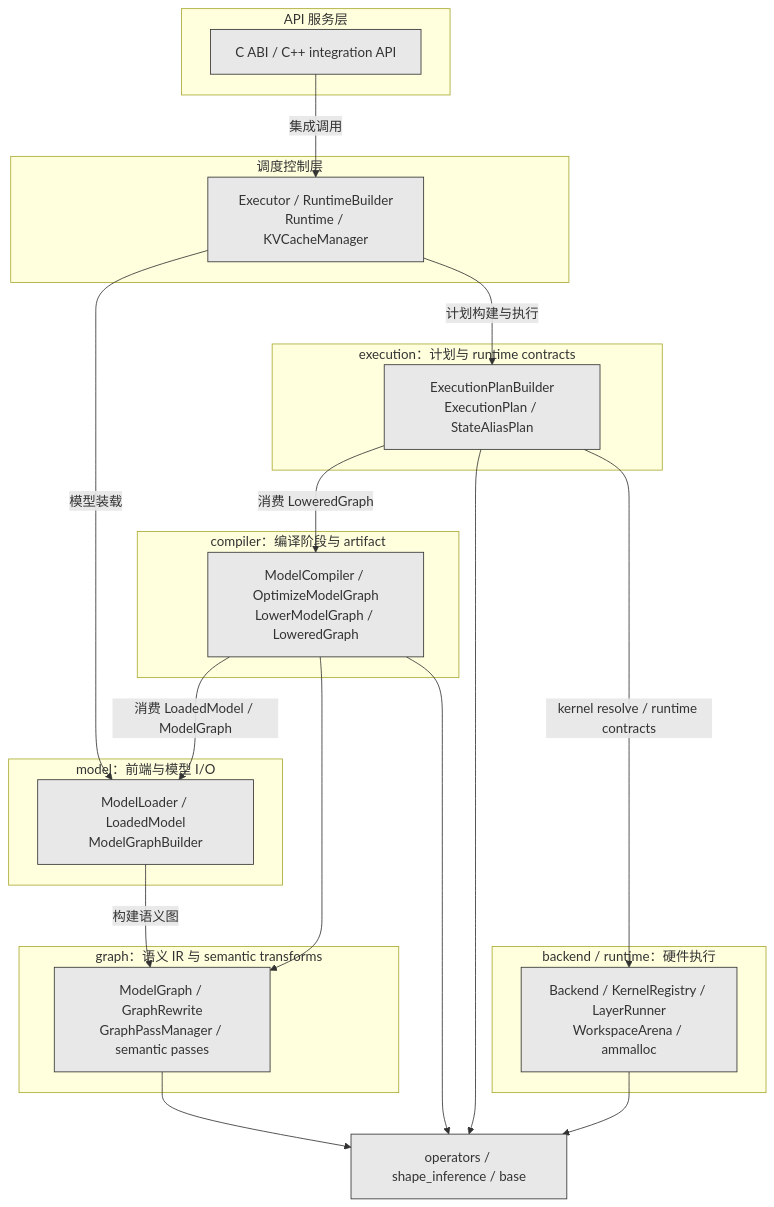
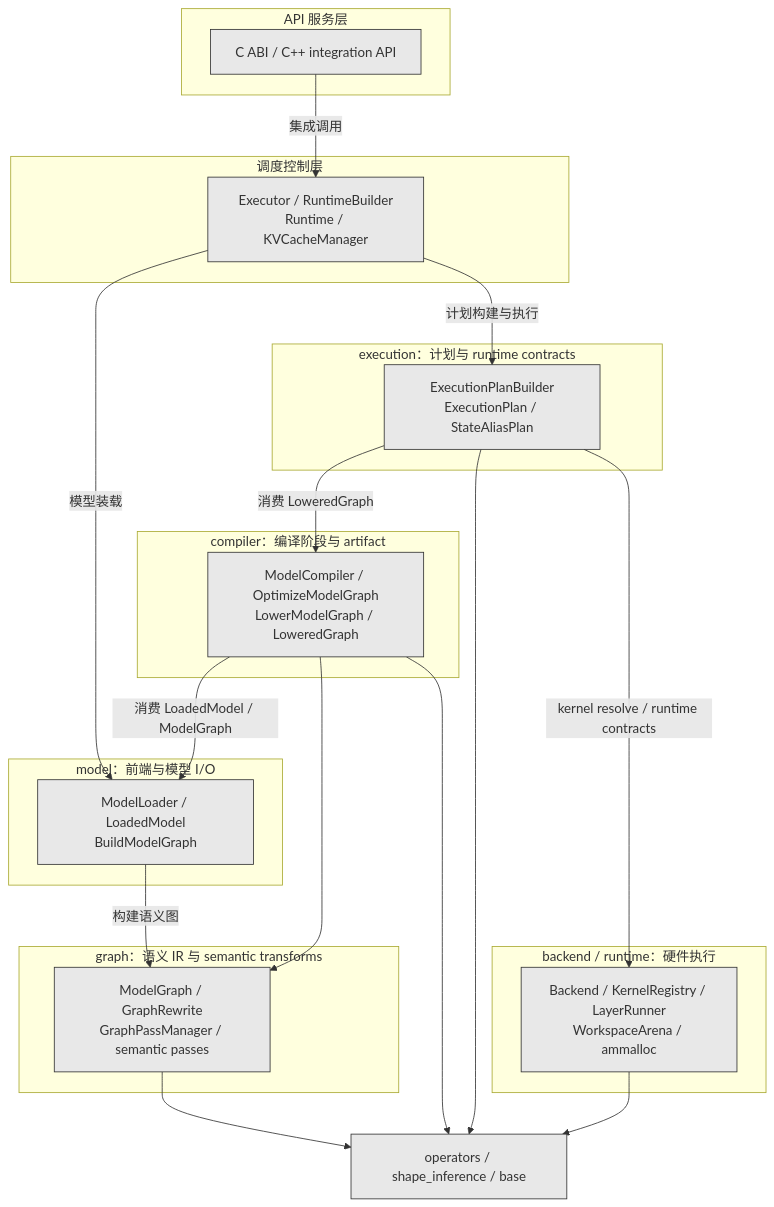
Before and after one commit to fengjiran/AetherMind: the fifth of 5 diagrams in docs/designs/architecture/architecture_overview.md, drawn with Mermaid. The commit also changed other lines of this file and 63 other files, not shown here.

First line of the commit message:
refactor(model): split graph building per family and reorganize weight components

````diff
--- a/docs/designs/architecture/architecture_overview.md
+++ b/docs/designs/architecture/architecture_overview.md
@@ -342,48 +342,48 @@
 ```mermaid
 flowchart TB
     subgraph API["API 服务层"]
         A["C ABI / C++ integration API"]
     end
 
     subgraph CONTROL["调度控制层"]
         B["Executor / RuntimeBuilder<br/>Runtime / KVCacheManager"]
     end
 
     subgraph MODEL["model：前端与模型 I/O"]
-        M["ModelLoader / LoadedModel<br/>ModelGraphBuilder"]
+        M["ModelLoader / LoadedModel<br/>BuildModelGraph"]
     end
 
     subgraph GRAPH["graph：语义 IR 与 semantic transforms"]
         G["ModelGraph / GraphRewrite<br/>GraphPassManager / semantic passes"]
     end
 
     subgraph COMPILER["compiler：编译阶段与 artifact"]
         C["ModelCompiler / OptimizeModelGraph<br/>LowerModelGraph / LoweredGraph"]
     end
 
     subgraph EXECUTION["execution：计划与 runtime contracts"]
         E["ExecutionPlanBuilder<br/>ExecutionPlan / StateAliasPlan"]
     end
 
     subgraph BACKEND["backend / runtime：硬件执行"]
         D["Backend / KernelRegistry / LayerRunner<br/>WorkspaceArena / ammalloc"]
     end
 
     S["operators / shape_inference / base"]
 
     A -->|"集成调用"| B
     B -->|"计划构建与执行"| E
     B -->|"模型装载"| M
     M -->|"构建语义图"| G
     C -->|"消费 LoadedModel / ModelGraph"| M
     C --> G
     E -->|"消费 LoweredGraph"| C
     E -->|"kernel resolve / runtime contracts"| D
     G --> S
     C --> S
     E --> S
     D --> S
 
     classDef layer fill:#e8e8e8,stroke:#333
     class A,B,M,G,C,E,D,S layer
 ```
````
